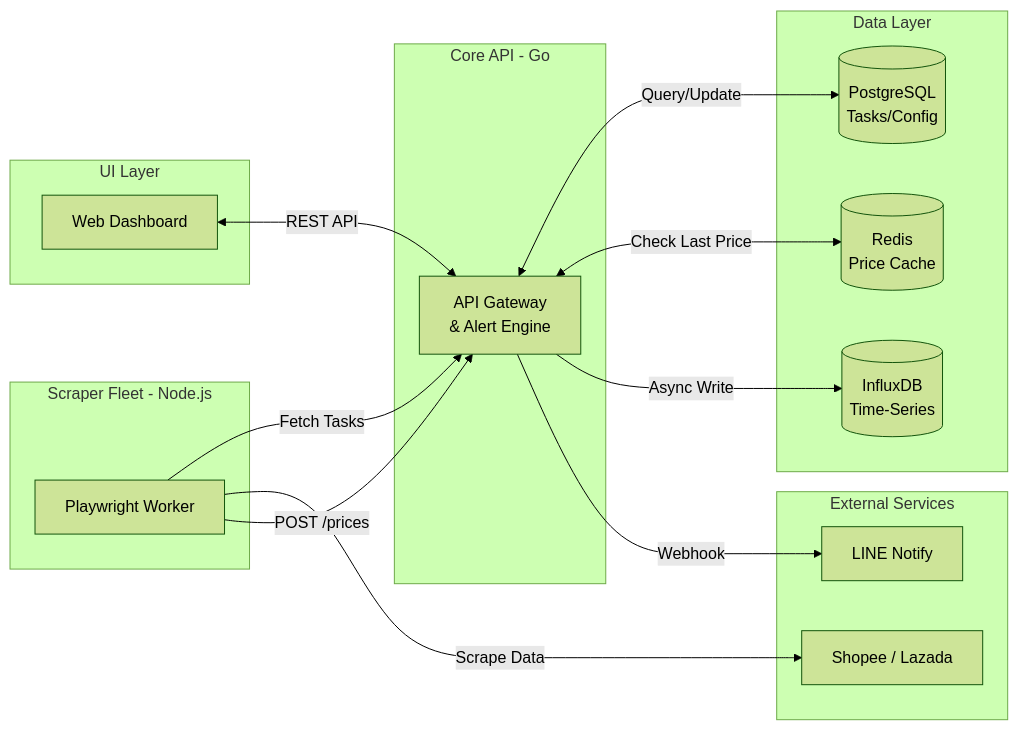
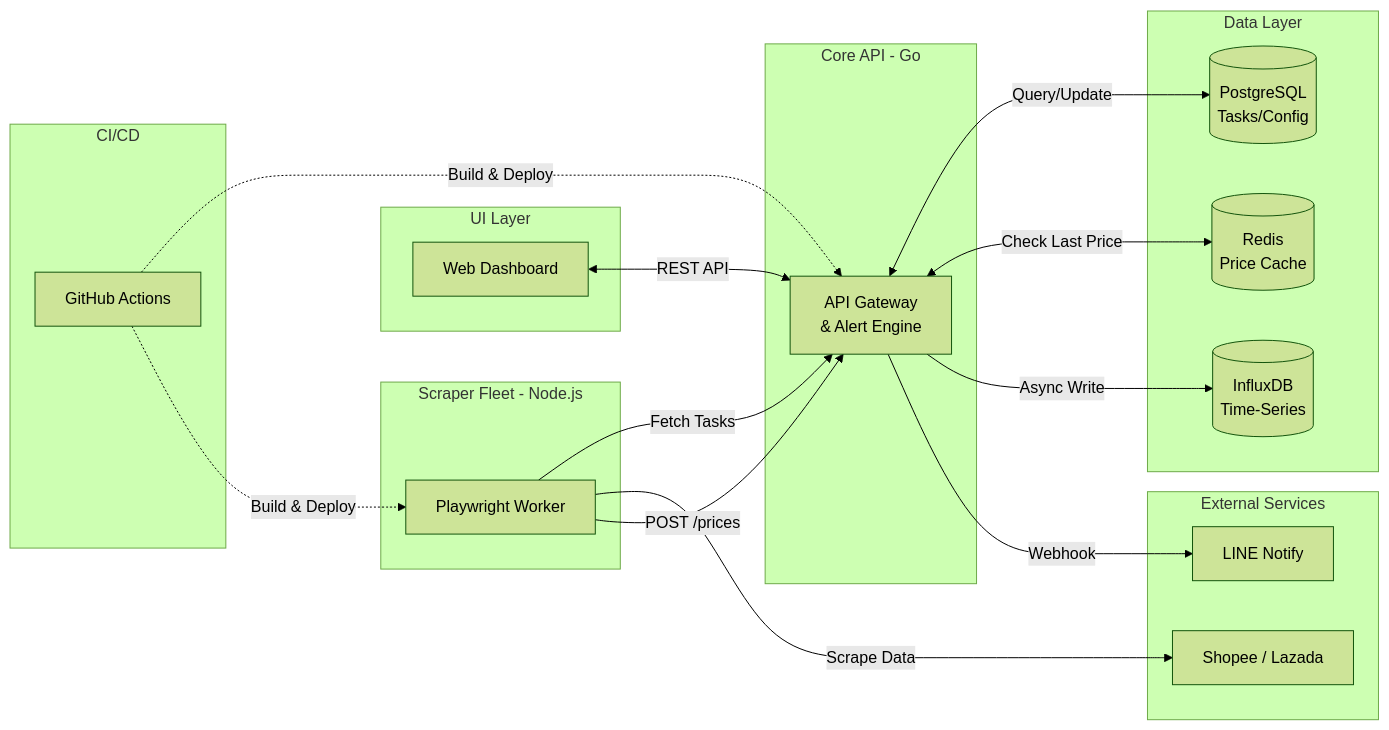
Before and after one commit to thitipongroo/omni-tracker: the diagram in README.md, drawn with Mermaid (forest theme). The commit also changed other lines of this file, not shown here.

Commit message:
update: readme automation

````diff
--- a/README.md
+++ b/README.md
@@ -28,34 +30,40 @@
 ```mermaid
 flowchart LR
+    subgraph Automation [CI/CD]
+        CI[GitHub Actions]
+    end
+
     subgraph Frontend [UI Layer]
         DASH[Web Dashboard]
     end
 
     subgraph Scrapers [Scraper Fleet - Node.js]
         S1[Playwright Worker]
     end
 
     subgraph Core [Core API - Go]
         GO["API Gateway\n& Alert Engine"]
     end
     
     subgraph Data [Data Layer]
         PG[(PostgreSQL\nTasks/Config)]
         REDIS[(Redis\nPrice Cache)]
         INFLUX[(InfluxDB\nTime-Series)]
     end
     
     subgraph External [External Services]
         LINE[LINE Notify]
         ECOM1[Shopee / Lazada]
     end
 
     DASH <-->|REST API| GO
     S1 -->|Fetch Tasks| GO
     GO <-->|Query/Update| PG
     S1 -->|Scrape Data| ECOM1
     S1 -->|POST /prices| GO
     GO <-->|Check Last Price| REDIS
     GO -->|Async Write| INFLUX
     GO -->|Webhook| LINE
+    CI -.->|Build & Deploy| GO
+    CI -.->|Build & Deploy| S1
 ```
````
